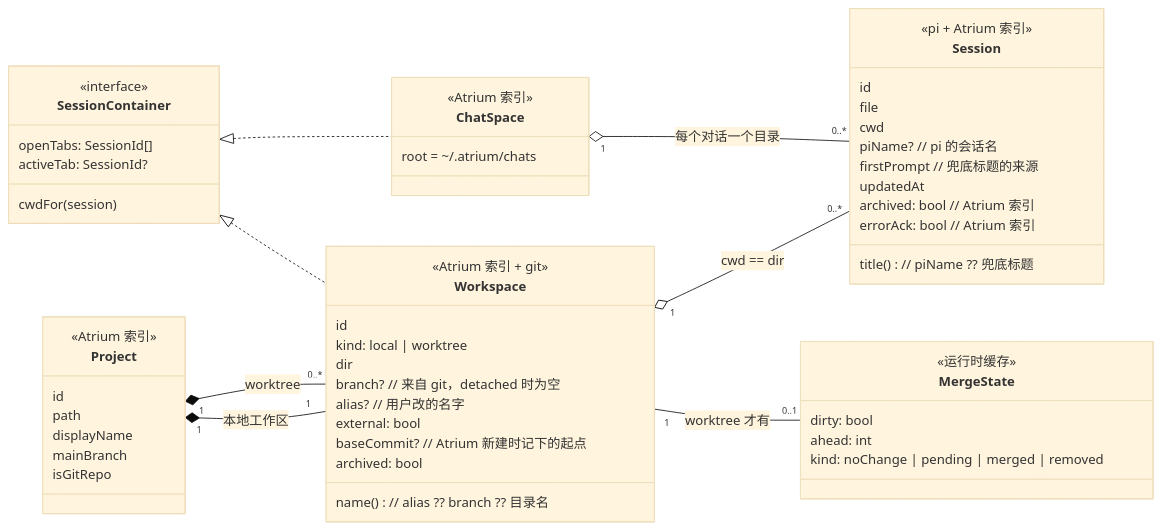
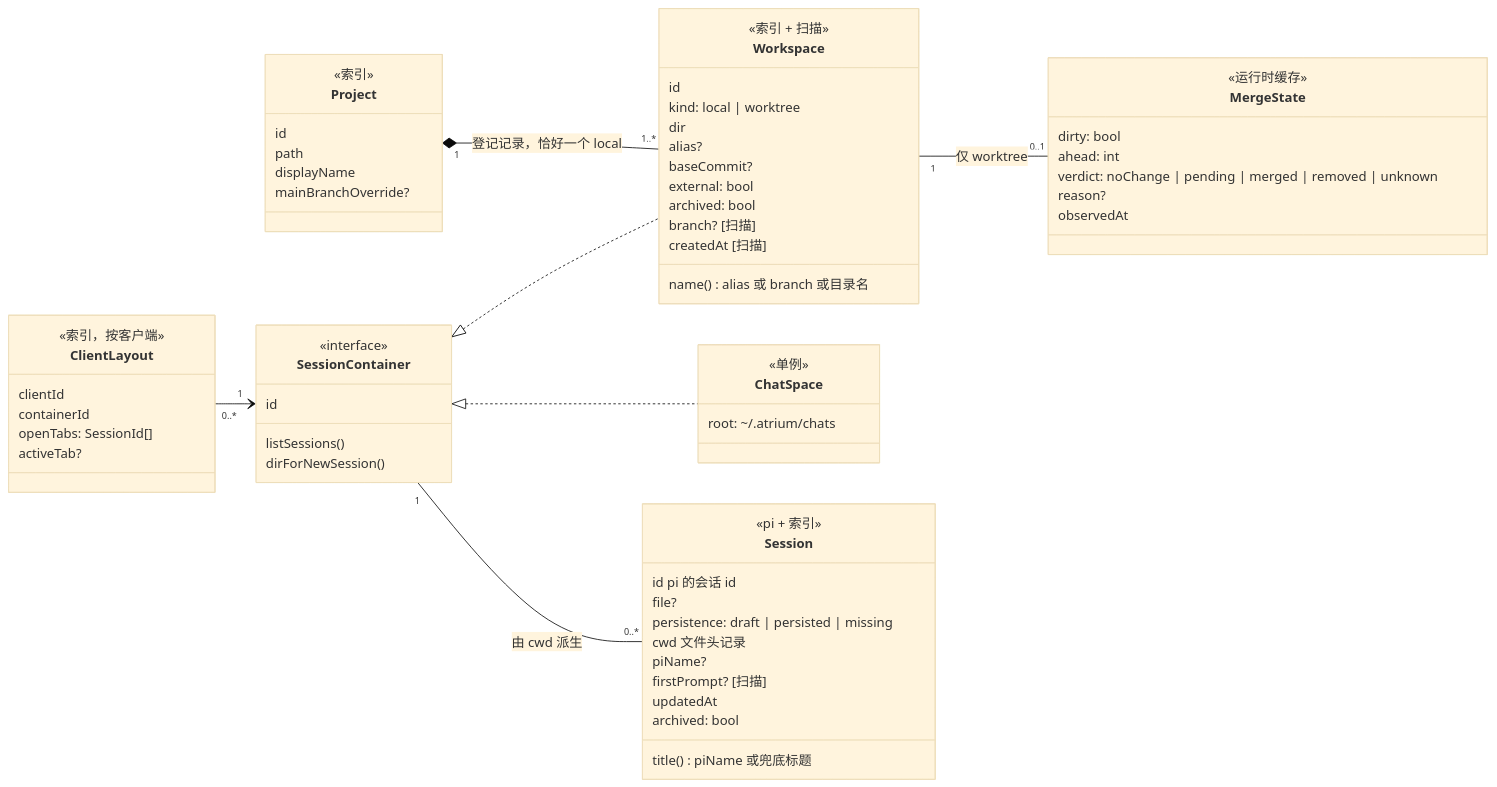
Before and after one commit to Wan-Kai/atrium: the first of 7 diagrams in docs/architecture/domain-model.md, drawn with Mermaid (base theme). The commit also changed other lines of this file and 3 other files, not shown here.

First line of the commit message:
docs: revise the domain model after two architecture reviews

````diff
--- a/docs/architecture/domain-model.md
+++ b/docs/architecture/domain-model.md
@@ -22,60 +25,68 @@
 ```mermaid
 classDiagram
     direction LR
     class Project {
-      <<Atrium 索引>>
+      <<索引>>
       id
       path
       displayName
-      mainBranch
-      isGitRepo
+      mainBranchOverride?
+    }
+    class Workspace {
+      <<索引 + 扫描>>
+      id
+      kind: local | worktree
+      dir
+      alias?
+      baseCommit?
+      external: bool
+      archived: bool
+      branch?  [扫描]
+      createdAt  [扫描]
+      name()  alias 或 branch 或目录名
+    }
+    class ChatSpace {
+      <<单例>>
+      root: ~/.atrium/chats
     }
     class SessionContainer {
       <<interface>>
-      cwdFor(session)
-      openTabs: SessionId[]
-      activeTab: SessionId?
-    }
-    class Workspace {
-      <<Atrium 索引 + git>>
       id
-      kind: local | worktree
-      dir
-      branch?  // 来自 git，detached 时为空
-      alias?   // 用户改的名字
-      external: bool
-      baseCommit?  // Atrium 新建时记下的起点
-      archived: bool
-      name()  // alias ?? branch ?? 目录名
-    }
-    class ChatSpace {
-      <<Atrium 索引>>
-      root = ~/.atrium/chats
+      listSessions()
+      dirForNewSession()
     }
     class Session {
-      <<pi + Atrium 索引>>
-      id
-      file
-      cwd
-      piName?        // pi 的会话名
-      firstPrompt    // 兜底标题的来源
+      <<pi + 索引>>
+      id  pi 的会话 id
+      file?
+      persistence: draft | persisted | missing
+      cwd  文件头记录
+      piName?
+      firstPrompt?  [扫描]
       updatedAt
-      archived: bool  // Atrium 索引
-      errorAck: bool  // Atrium 索引
-      title()  // piName ?? 兜底标题
+      archived: bool
+      title()  piName 或兜底标题
     }
     class MergeState {
       <<运行时缓存>>
       dirty: bool
       ahead: int
-      kind: noChange | pending | merged | removed
+      verdict: noChange | pending | merged | removed | unknown
+      reason?
+      observedAt
+    }
+    class ClientLayout {
+      <<索引，按客户端>>
+      clientId
+      containerId
+      openTabs: SessionId[]
+      activeTab?
     }
 
-    Project "1" *-- "1" Workspace : 本地工作区
-    Project "1" *-- "0..*" Workspace : worktree
+    Project "1" *-- "1..*" Workspace : 登记记录，恰好一个 local
     SessionContainer <|.. Workspace
     SessionContainer <|.. ChatSpace
-    Workspace "1" o-- "0..*" Session : cwd == dir
-    ChatSpace "1" o-- "0..*" Session : 每个对话一个目录
-    Workspace "1" -- "0..1" MergeState : worktree 才有
+    SessionContainer "1" -- "0..*" Session : 由 cwd 派生
+    Workspace "1" -- "0..1" MergeState : 仅 worktree
+    ClientLayout "0..*" --> "1" SessionContainer
 ```
````
